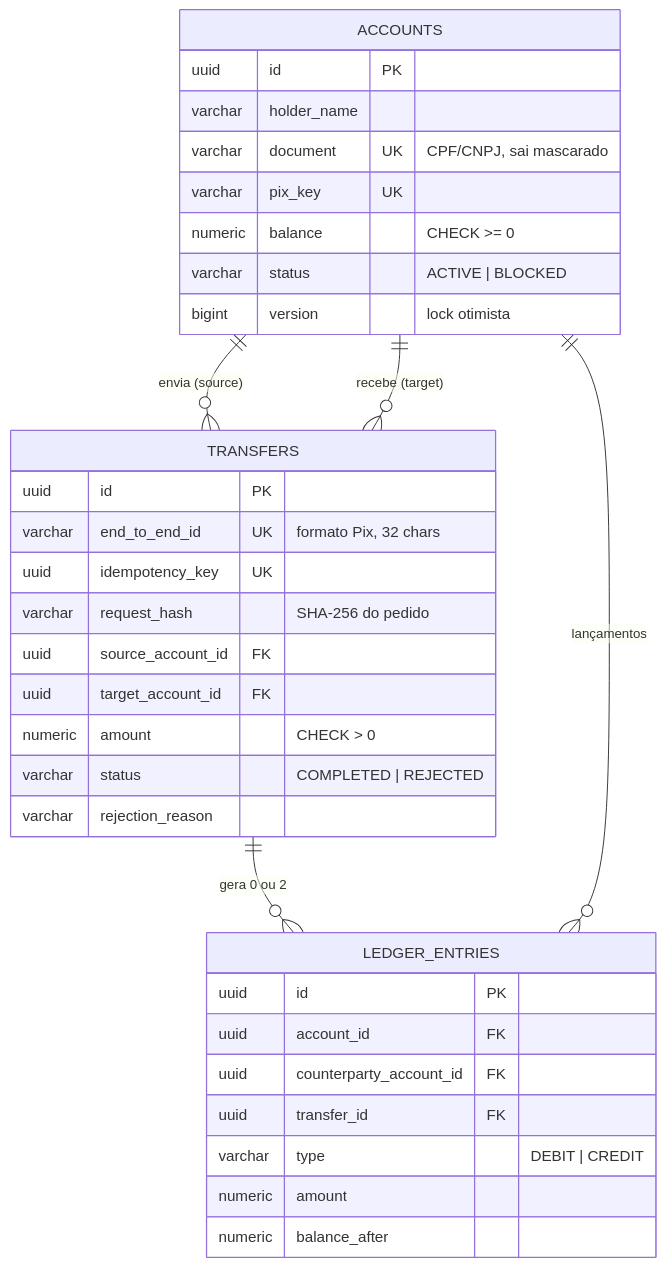
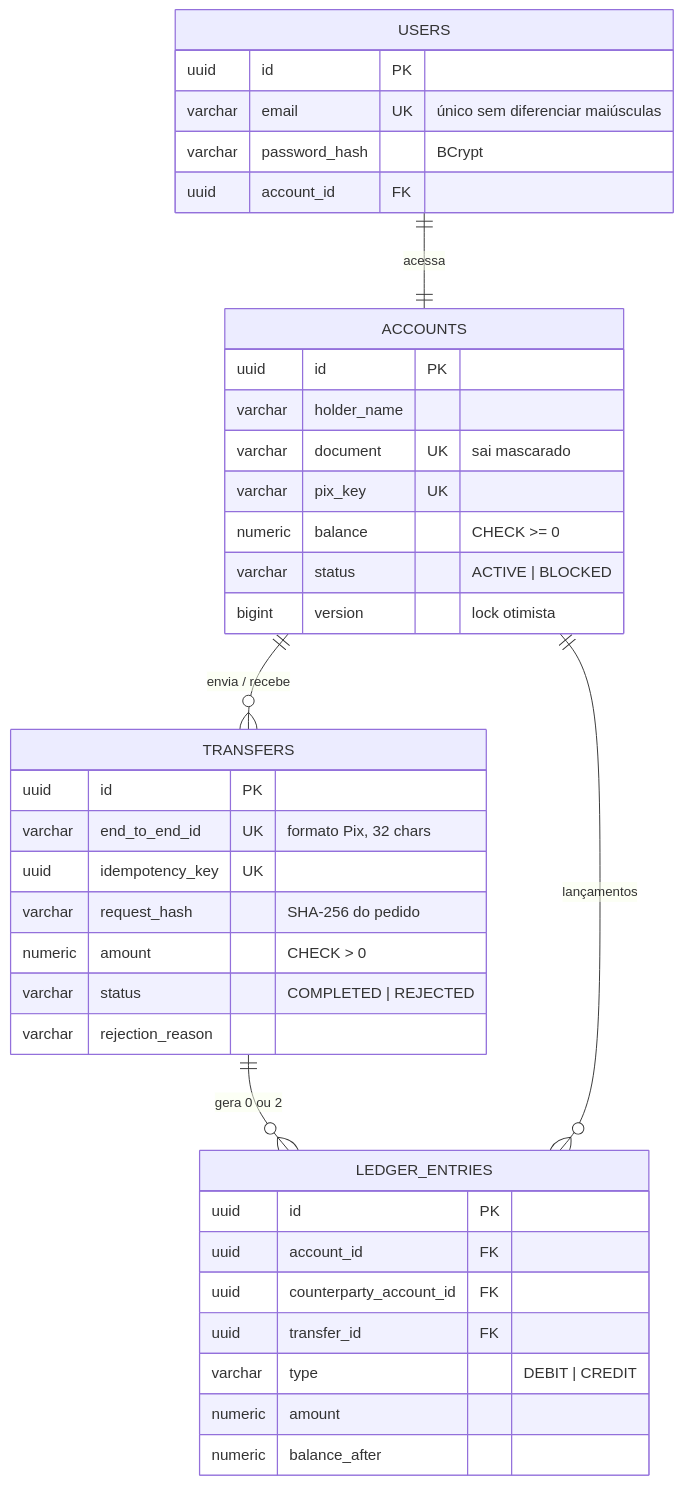
The third of 4 diagrams in README.md (leonardobarrosx/motor-transferencias), drawn with Mermaid before and after one commit. The commit also changed other lines of this file and 81 other files, not shown here.

````diff
--- a/README.md
+++ b/README.md
@@ -191,37 +202,41 @@
 ```mermaid
 erDiagram
-    ACCOUNTS ||--o{ TRANSFERS : "envia (source)"
-    ACCOUNTS ||--o{ TRANSFERS : "recebe (target)"
+    USERS ||--|| ACCOUNTS : "acessa"
+    ACCOUNTS ||--o{ TRANSFERS : "envia / recebe"
     TRANSFERS ||--o{ LEDGER_ENTRIES : "gera 0 ou 2"
     ACCOUNTS ||--o{ LEDGER_ENTRIES : "lançamentos"
 
+    USERS {
+        uuid id PK
+        varchar email UK "único sem diferenciar maiúsculas"
+        varchar password_hash "BCrypt"
+        uuid account_id FK
+    }
     ACCOUNTS {
         uuid id PK
         varchar holder_name
-        varchar document UK "CPF/CNPJ, sai mascarado"
+        varchar document UK "sai mascarado"
         varchar pix_key UK
         numeric balance "CHECK >= 0"
         varchar status "ACTIVE | BLOCKED"
         bigint version "lock otimista"
     }
     TRANSFERS {
         uuid id PK
         varchar end_to_end_id UK "formato Pix, 32 chars"
         uuid idempotency_key UK
         varchar request_hash "SHA-256 do pedido"
-        uuid source_account_id FK
-        uuid target_account_id FK
         numeric amount "CHECK > 0"
         varchar status "COMPLETED | REJECTED"
         varchar rejection_reason
     }
     LEDGER_ENTRIES {
         uuid id PK
         uuid account_id FK
         uuid counterparty_account_id FK
         uuid transfer_id FK
         varchar type "DEBIT | CREDIT"
         numeric amount
         numeric balance_after
     }
 ```
````
